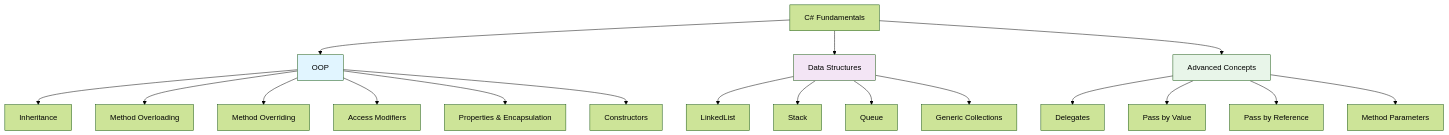
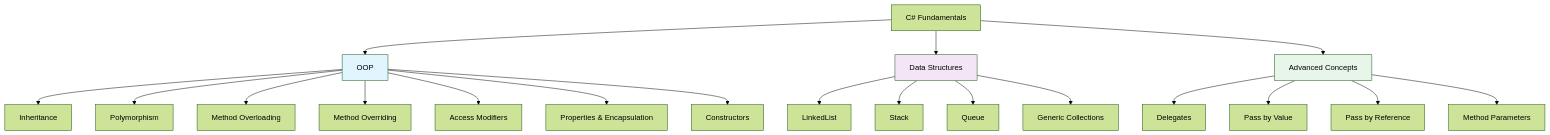
The diagram in README.md (MhmdTalat/C-oop-data-structure-and-collection-linq), drawn with Mermaid (forest theme) before and after one commit.

Commit message:
add Polymorphism

````diff
--- a/README.md
+++ b/README.md
@@ -11,27 +11,28 @@
 ```mermaid
 graph TD
     A[C# Fundamentals] --> B[OOP]
     A --> C[Data Structures]
     A --> D[Advanced Concepts]
     
     B --> B1[Inheritance]
-    B --> B2[Method Overloading]
-    B --> B3[Method Overriding]
-    B --> B4[Access Modifiers]
-    B --> B5[Properties & Encapsulation]
-    B --> B6[Constructors]
+    B --> B2[Polymorphism]
+    B --> B3[Method Overloading]
+    B --> B4[Method Overriding]
+    B --> B5[Access Modifiers]
+    B --> B6[Properties & Encapsulation]
+    B --> B7[Constructors]
     
     C --> C1[LinkedList]
     C --> C2[Stack]
     C --> C3[Queue]
     C --> C4[Generic Collections]
     
     D --> D1[Delegates]
     D --> D2[Pass by Value]
     D --> D3[Pass by Reference]
     D --> D4[Method Parameters]
     
     style B fill:#e1f5ff
     style C fill:#f3e5f5
     style D fill:#e8f5e9
 ```
````
